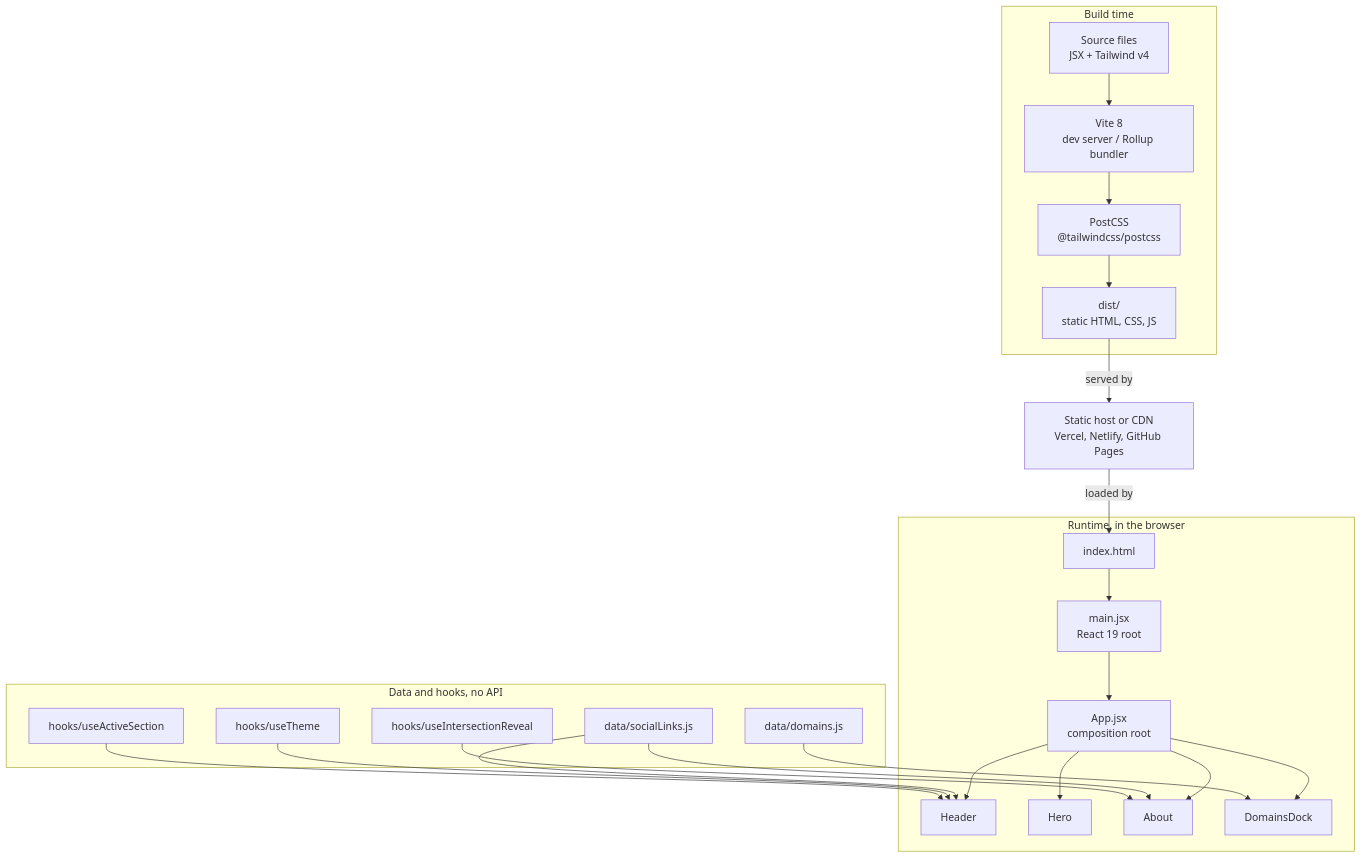
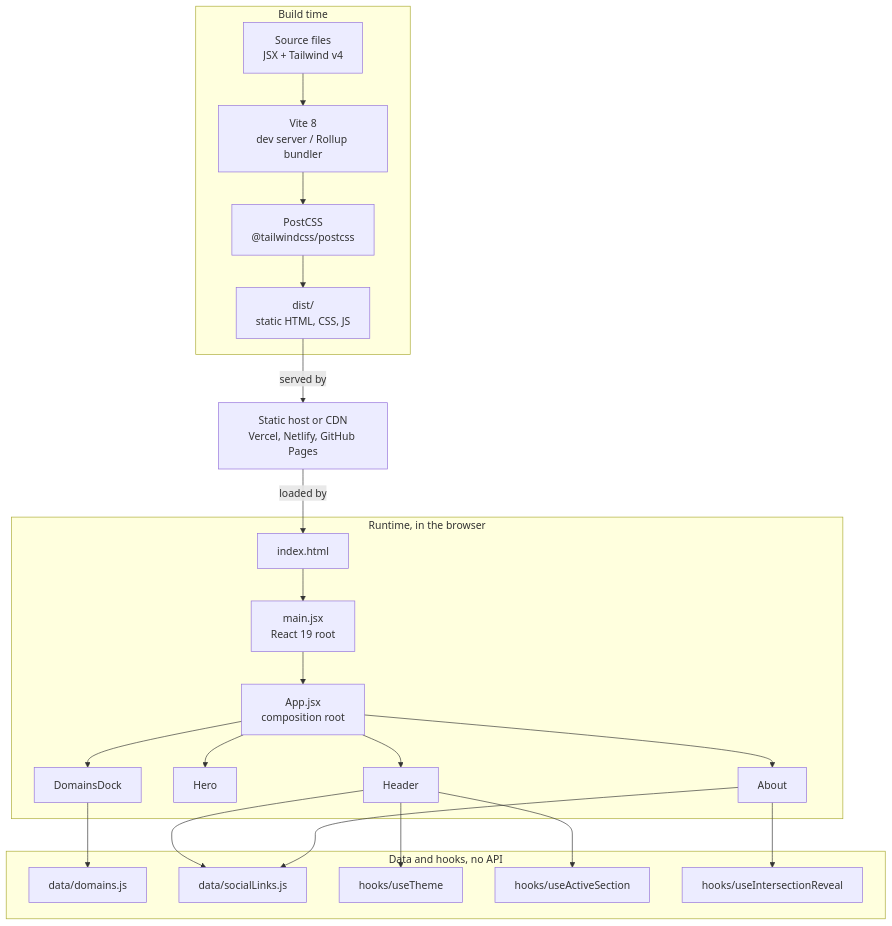
The diagram in README.md (spacesdrive/ferion), drawn with Mermaid before and after one commit.

````diff
--- a/README.md
+++ b/README.md
@@ -57,35 +57,35 @@
 ```mermaid
 flowchart TD
     subgraph build["Build time"]
         A["Source files<br/>JSX + Tailwind v4"] --> B["Vite 8<br/>dev server / Rollup bundler"]
         B --> C["PostCSS<br/>@tailwindcss/postcss"]
         C --> D["dist/<br/>static HTML, CSS, JS"]
     end
 
     D -->|served by| E["Static host or CDN<br/>Vercel, Netlify, GitHub Pages"]
     E -->|loaded by| F["index.html"]
 
     subgraph runtime["Runtime, in the browser"]
         F --> G["main.jsx<br/>React 19 root"]
         G --> H["App.jsx<br/>composition root"]
         H --> I["Header"]
         H --> J["Hero"]
         H --> K["About"]
         H --> L["DomainsDock"]
     end
 
     subgraph data["Data and hooks, no API"]
         M["data/domains.js"]
         N["data/socialLinks.js"]
         O["hooks/useTheme"]
         P["hooks/useActiveSection"]
         Q["hooks/useIntersectionReveal"]
     end
 
-    M --> L
-    N --> I
-    N --> K
-    O --> I
-    P --> I
-    Q --> K
+    L --> M
+    I --> N
+    K --> N
+    I --> O
+    I --> P
+    K --> Q
 ```
````
